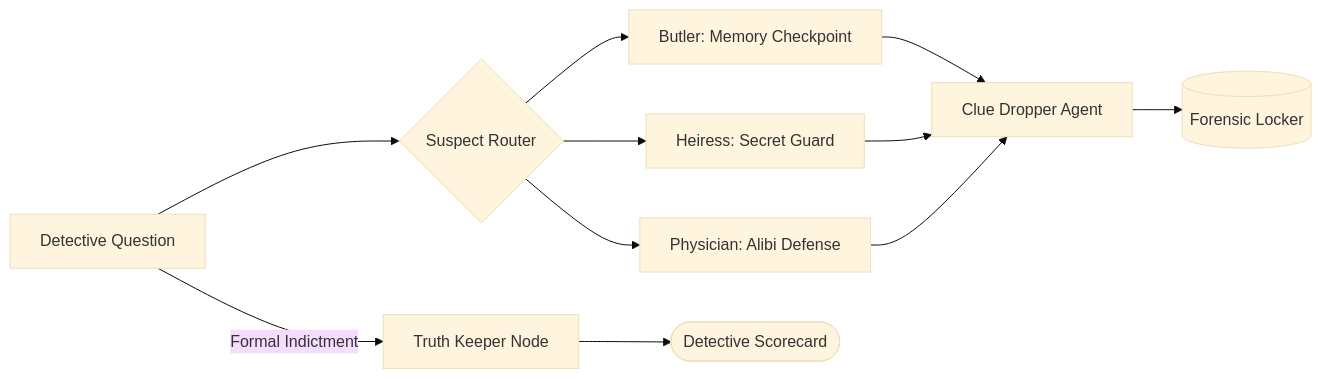
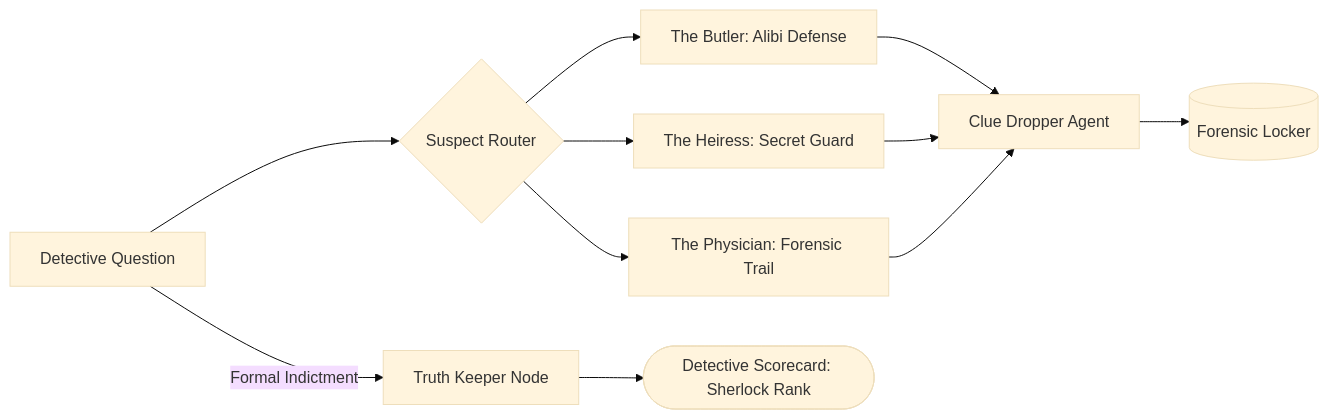
Before and after one commit to Riser01/Riser01: the diagram in README.md, drawn with Mermaid (base theme). The commit also changed other lines of this file, not shown here.

````diff
--- a/README.md
+++ b/README.md
@@ -42,11 +50,11 @@
 ```mermaid
 flowchart LR
     Detective[Detective Question] --> Router{Suspect Router}
-    Router --> SuspectA[Butler: Memory Checkpoint]
-    Router --> SuspectB[Heiress: Secret Guard]
-    Router --> SuspectC[Physician: Alibi Defense]
+    Router --> SuspectA[The Butler: Alibi Defense]
+    Router --> SuspectB[The Heiress: Secret Guard]
+    Router --> SuspectC[The Physician: Forensic Trail]
     SuspectA & SuspectB & SuspectC --> ClueEngine[Clue Dropper Agent]
     ClueEngine --> Evidence[(Forensic Locker)]
     Detective -->|Formal Indictment| TruthKeeper[Truth Keeper Node]
-    TruthKeeper --> Scorecard([Detective Scorecard])
+    TruthKeeper --> Scorecard([Detective Scorecard: Sherlock Rank])
 ```
````
